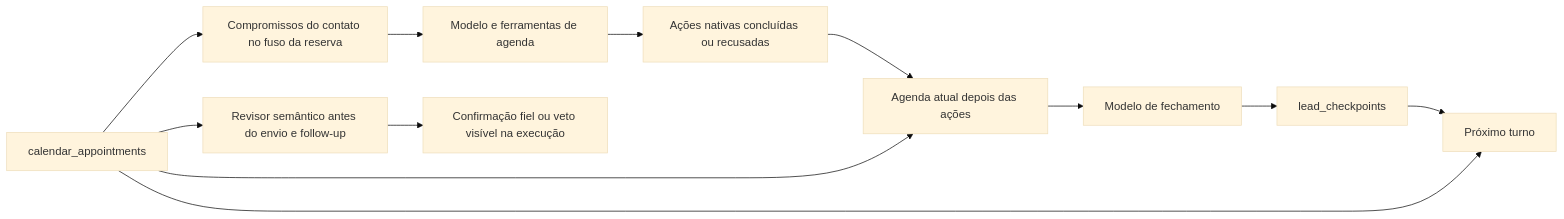
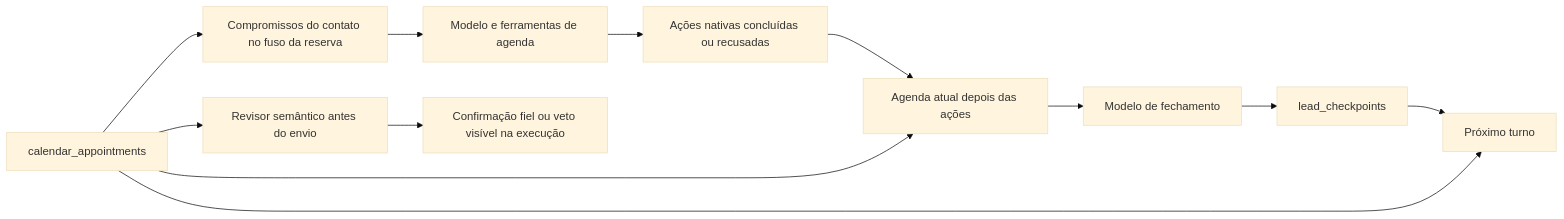
Before and after one commit to melgarafael/DeskcommCRM: the diagram in docs/architecture/agenda-no-turno.md, drawn with Mermaid (base theme). The commit also changed other lines of this file and 3 other files, not shown here.

````diff
--- a/docs/architecture/agenda-no-turno.md
+++ b/docs/architecture/agenda-no-turno.md
@@ -6,14 +6,14 @@
 ```mermaid
 flowchart LR
     Banco[calendar_appointments] --> Abertura[Compromissos do contato no fuso da reserva]
     Abertura --> Resposta[Modelo e ferramentas de agenda]
     Resposta --> Acoes[Ações nativas concluídas ou recusadas]
     Acoes --> Releitura[Agenda atual depois das ações]
     Banco --> Releitura
     Releitura --> Fechamento[Modelo de fechamento]
     Fechamento --> Resumo[lead_checkpoints]
     Resumo --> Proximo[Próximo turno]
     Banco --> Proximo
-    Banco --> Revisor[Revisor semântico antes do envio e follow-up]
+    Banco --> Revisor[Revisor semântico antes do envio]
     Revisor --> Envio[Confirmação fiel ou veto visível na execução]
 ```
````
